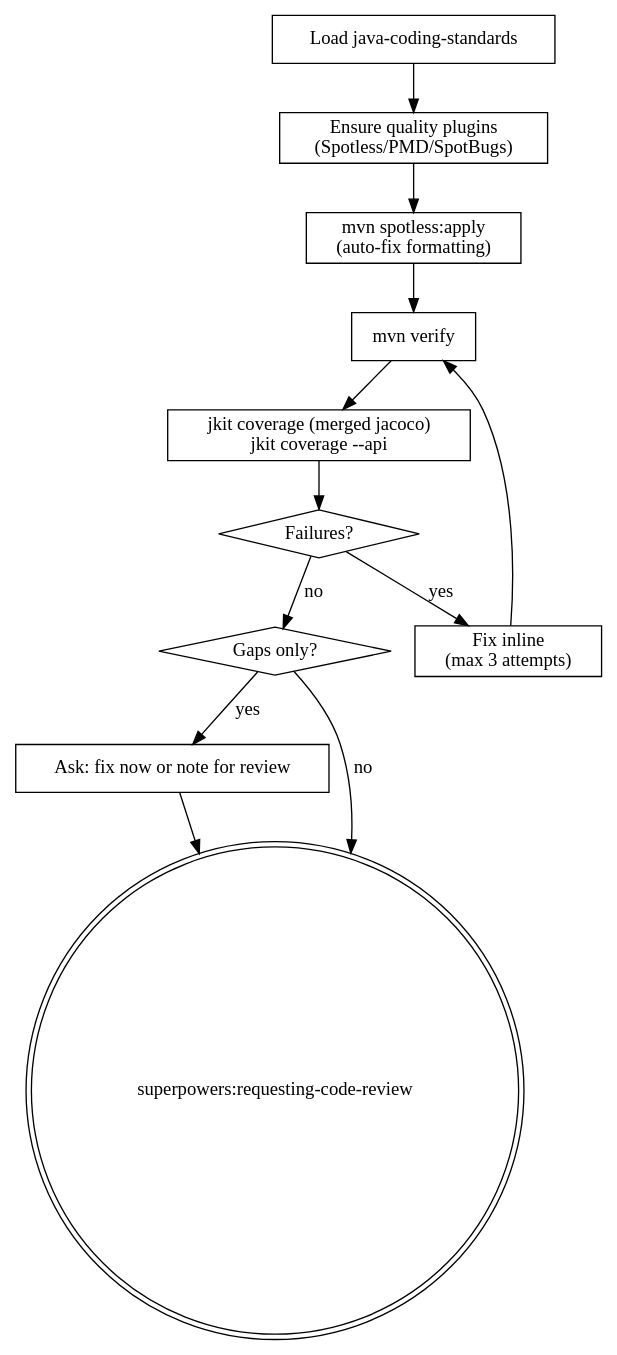
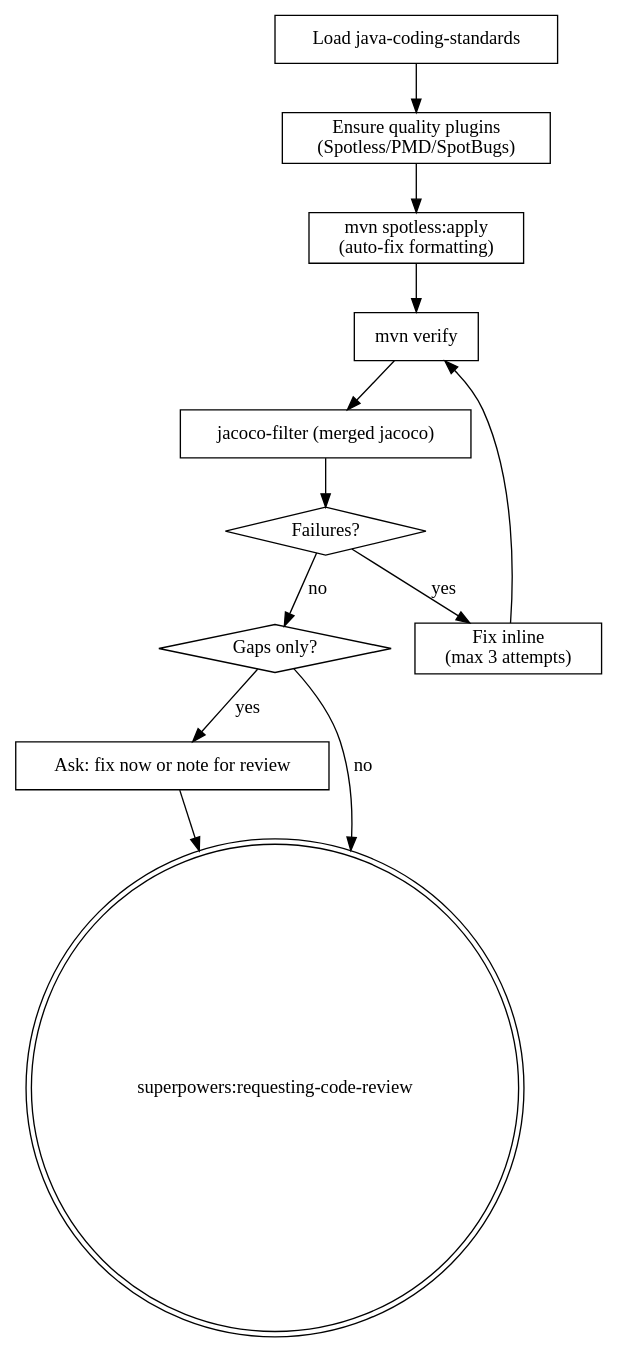
Before and after one commit to honghaowuu/jkit: the diagram in skills/java-verify/SKILL.md, drawn with Graphviz. The commit also changed other lines of this file, not shown here.

Commit message:
chore: migrate java-verify from jkit coverage to jacoco-filter, note api-coverage gap

````diff
--- a/skills/java-verify/SKILL.md
+++ b/skills/java-verify/SKILL.md
@@ -20,26 +19,26 @@
 ```dot
 digraph java_verify {
     "Load java-coding-standards" [shape=box];
     "Ensure quality plugins\n(Spotless/PMD/SpotBugs)" [shape=box];
     "mvn spotless:apply\n(auto-fix formatting)" [shape=box];
     "mvn verify" [shape=box];
-    "jkit coverage (merged jacoco)\njkit coverage --api" [shape=box];
+    "jacoco-filter (merged jacoco)" [shape=box];
     "Failures?" [shape=diamond];
     "Fix inline\n(max 3 attempts)" [shape=box];
     "Gaps only?" [shape=diamond];
     "Ask: fix now or note for review" [shape=box];
     "superpowers:requesting-code-review" [shape=doublecircle];
 
     "Load java-coding-standards" -> "Ensure quality plugins\n(Spotless/PMD/SpotBugs)";
     "Ensure quality plugins\n(Spotless/PMD/SpotBugs)" -> "mvn spotless:apply\n(auto-fix formatting)";
     "mvn spotless:apply\n(auto-fix formatting)" -> "mvn verify";
-    "mvn verify" -> "jkit coverage (merged jacoco)\njkit coverage --api";
-    "jkit coverage (merged jacoco)\njkit coverage --api" -> "Failures?";
+    "mvn verify" -> "jacoco-filter (merged jacoco)";
+    "jacoco-filter (merged jacoco)" -> "Failures?";
     "Failures?" -> "Fix inline\n(max 3 attempts)" [label="yes"];
     "Fix inline\n(max 3 attempts)" -> "mvn verify";
     "Failures?" -> "Gaps only?" [label="no"];
     "Gaps only?" -> "Ask: fix now or note for review" [label="yes"];
     "Gaps only?" -> "superpowers:requesting-code-review" [label="no"];
     "Ask: fix now or note for review" -> "superpowers:requesting-code-review";
 }
 ```
````
